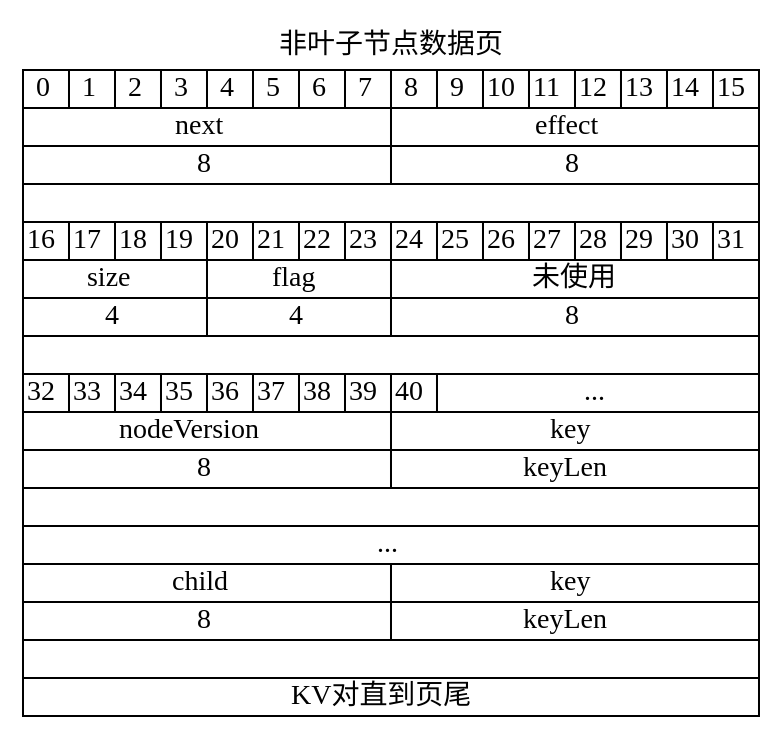
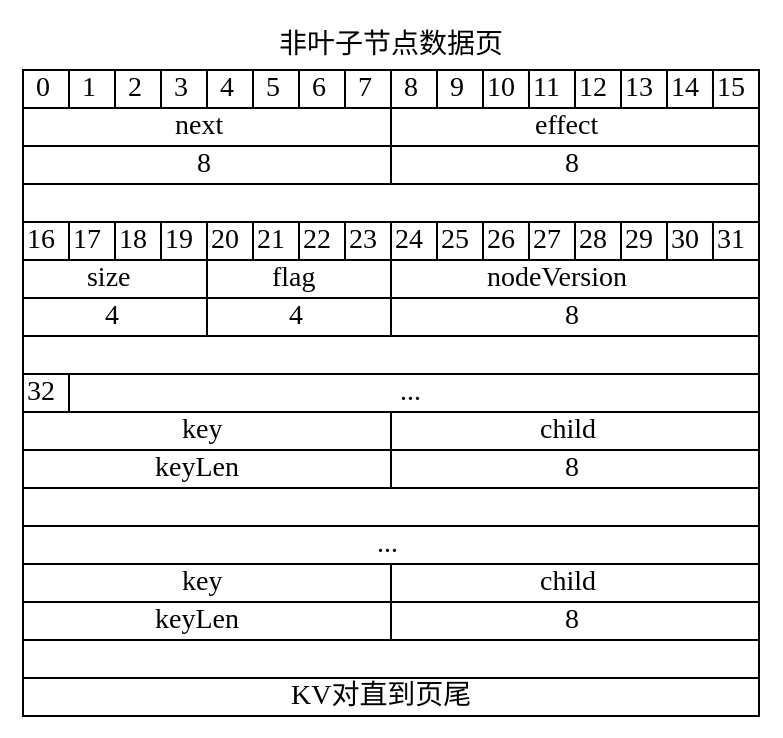
One commit to rectcircle/course-design-DBMS changed the fifth of 6 diagrams in doc/3-索引存储引擎.md. Above: the diagram before and after it, drawn with Graphviz. The commit also changed other lines of this file and 11 other files, not shown here.

```diff
--- a/doc/3-索引存储引擎.md
+++ b/doc/3-索引存储引擎.md
@@ -586,35 +600,27 @@
     <TR>
       <TD COLSPAN="4">size</TD>
       <TD COLSPAN="4">flag</TD>
-      <TD COLSPAN="8">未使用</TD>
+      <TD COLSPAN="16">nodeVersion</TD>
     </TR>
     <TR>
       <TD COLSPAN="4">4</TD>
       <TD COLSPAN="4">4</TD>
-      <TD COLSPAN="8">8</TD>
+      <TD COLSPAN="16">8</TD>
     </TR>
     <TR>
       <TD COLSPAN="16"> </TD>
     </TR>
     <TR>
       <TD>32</TD>
-      <TD>33</TD>
-      <TD>34</TD>
-      <TD>35</TD>
-      <TD>36</TD>
-      <TD>37</TD>
-      <TD>38</TD>
-      <TD>39</TD>
-      <TD>40</TD>
-      <TD COLSPAN="7">...</TD>
+      <TD COLSPAN="15">...</TD>
     </TR>
     <TR>
-      <TD COLSPAN="8">nodeVersion</TD>
       <TD COLSPAN="8">key</TD>
+      <TD COLSPAN="8">child</TD>
     </TR>
     <TR>
+      <TD COLSPAN="8">keyLen</TD>
       <TD COLSPAN="8">8</TD>
-      <TD COLSPAN="8">keyLen</TD>
     </TR>
     <TR>
       <TD COLSPAN="16"> </TD>
@@ -623,12 +629,12 @@
       <TD COLSPAN="16">...</TD>
     </TR>
     <TR>
+      <TD COLSPAN="8">key</TD>
       <TD COLSPAN="8">child</TD>
-      <TD COLSPAN="8">key</TD>
     </TR>
     <TR>
+      <TD COLSPAN="8">keyLen</TD>
       <TD COLSPAN="8">8</TD>
-      <TD COLSPAN="8">keyLen</TD>
     </TR>
     <TR>
       <TD COLSPAN="16"> </TD>
```
